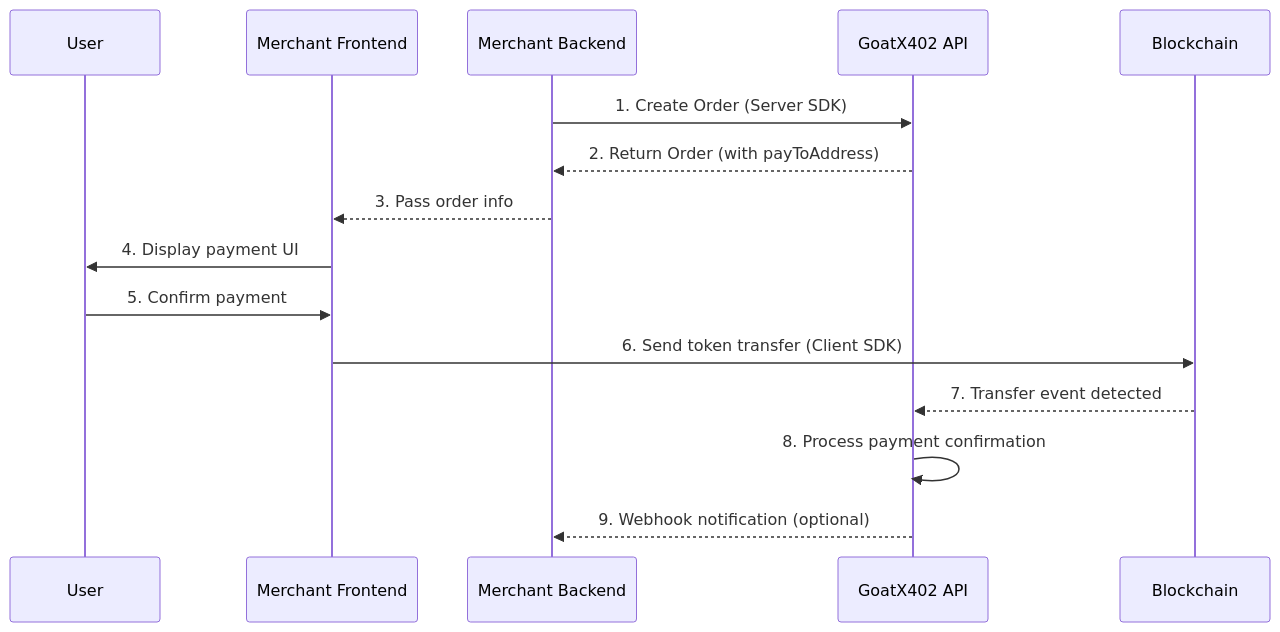
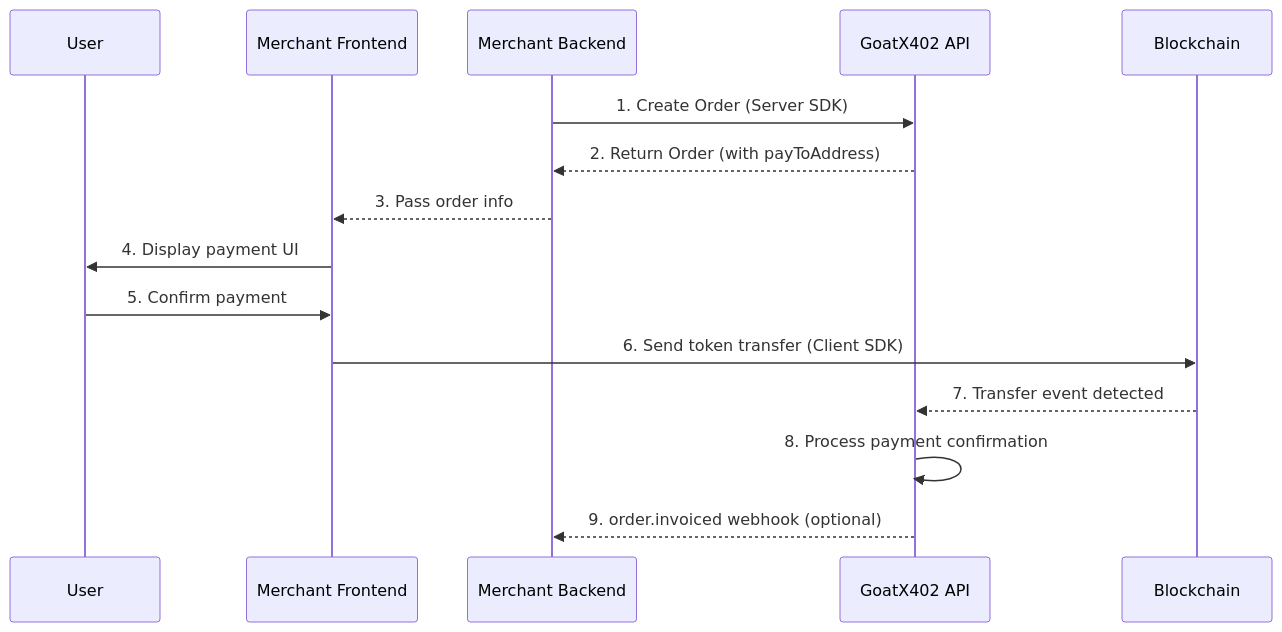
Before and after one commit to GOATNetwork/x402: the first of 3 diagrams in docs/x402-integration.md, drawn with Mermaid. The commit also changed other lines of this file and 10 other files, not shown here.

````diff
--- a/docs/x402-integration.md
+++ b/docs/x402-integration.md
@@ -178,18 +178,18 @@
 ```mermaid
 sequenceDiagram
     participant User as User
     participant MFE as Merchant Frontend
     participant MBE as Merchant Backend
     participant API as GoatX402 API
     participant Chain as Blockchain
 
     MBE->>API: 1. Create Order (Server SDK)
     API-->>MBE: 2. Return Order (with payToAddress)
     MBE-->>MFE: 3. Pass order info
     MFE->>User: 4. Display payment UI
     User->>MFE: 5. Confirm payment
     MFE->>Chain: 6. Send token transfer (Client SDK)
     Chain-->>API: 7. Transfer event detected
     API->>API: 8. Process payment confirmation
-    API-->>MBE: 9. Webhook notification (optional)
+    API-->>MBE: 9. order.invoiced webhook (optional)
 ```
````
